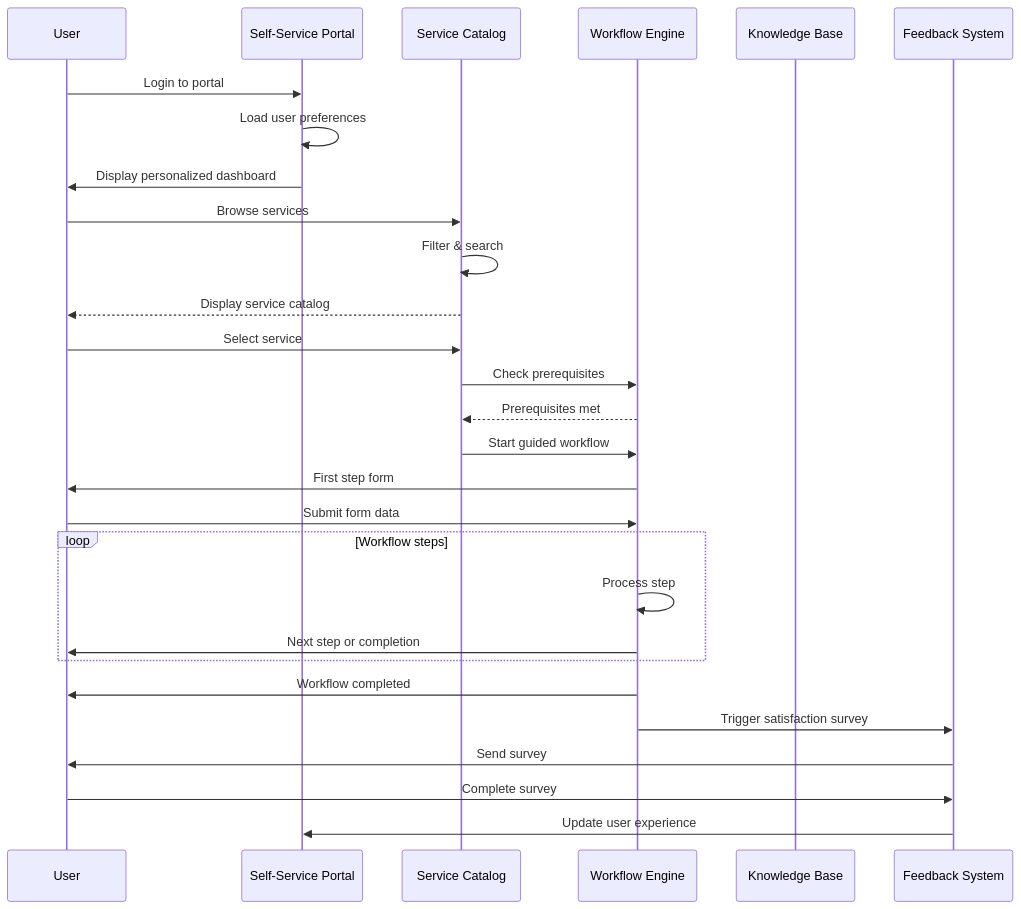
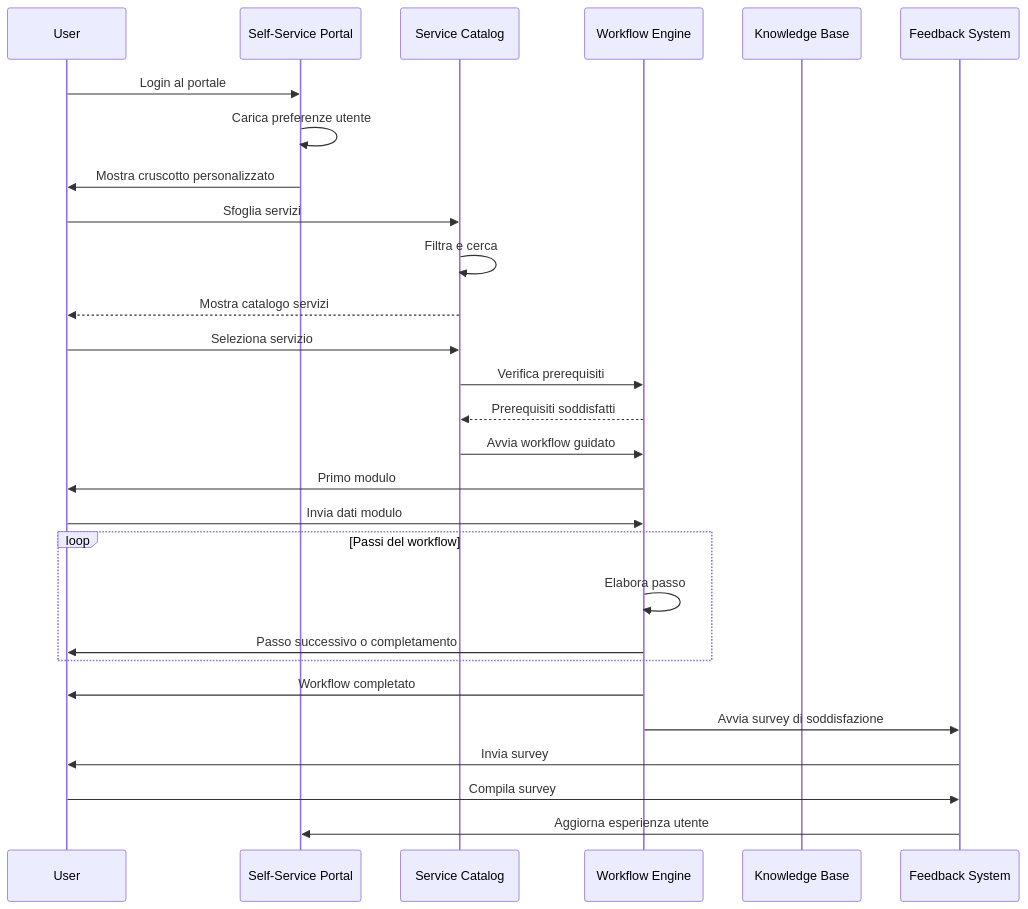
The fifth of 9 diagrams in docs/use_cases/UC10 - Supporto all'Utente/03-SEQUENCES.md (gianlucaciarcelluti/Interzen.ZenIA), drawn with Mermaid before and after one commit. The commit also changed other lines of this file and 14 other files, not shown here.

````diff
--- a/docs/use_cases/UC10 - Supporto all'Utente/03-SEQUENCES.md
+++ b/docs/use_cases/UC10 - Supporto all'Utente/03-SEQUENCES.md
@@ -163,37 +163,37 @@
 ```mermaid
 sequenceDiagram
     participant U as User
     participant SP as Self-Service Portal
     participant SC as Service Catalog
     participant WF as Workflow Engine
     participant KB as Knowledge Base
     participant FB as Feedback System
 
-    U->>SP: Login to portal
-    SP->>SP: Load user preferences
-    SP->>U: Display personalized dashboard
+    U->>SP: Login al portale
+    SP->>SP: Carica preferenze utente
+    SP->>U: Mostra cruscotto personalizzato
 
-    U->>SC: Browse services
-    SC->>SC: Filter & search
-    SC-->>U: Display service catalog
+    U->>SC: Sfoglia servizi
+    SC->>SC: Filtra e cerca
+    SC-->>U: Mostra catalogo servizi
 
-    U->>SC: Select service
-    SC->>WF: Check prerequisites
-    WF-->>SC: Prerequisites met
+    U->>SC: Seleziona servizio
+    SC->>WF: Verifica prerequisiti
+    WF-->>SC: Prerequisiti soddisfatti
 
-    SC->>WF: Start guided workflow
-    WF->>U: First step form
-    U->>WF: Submit form data
+    SC->>WF: Avvia workflow guidato
+    WF->>U: Primo modulo
+    U->>WF: Invia dati modulo
 
-    loop Workflow steps
-        WF->>WF: Process step
-        WF->>U: Next step or completion
+    loop Passi del workflow
+        WF->>WF: Elabora passo
+        WF->>U: Passo successivo o completamento
     end
 
-    WF->>U: Workflow completed
-    WF->>FB: Trigger satisfaction survey
-    FB->>U: Send survey
+    WF->>U: Workflow completato
+    WF->>FB: Avvia survey di soddisfazione
+    FB->>U: Invia survey
 
-    U->>FB: Complete survey
-    FB->>SP: Update user experience
+    U->>FB: Compila survey
+    FB->>SP: Aggiorna esperienza utente
 ```
````
